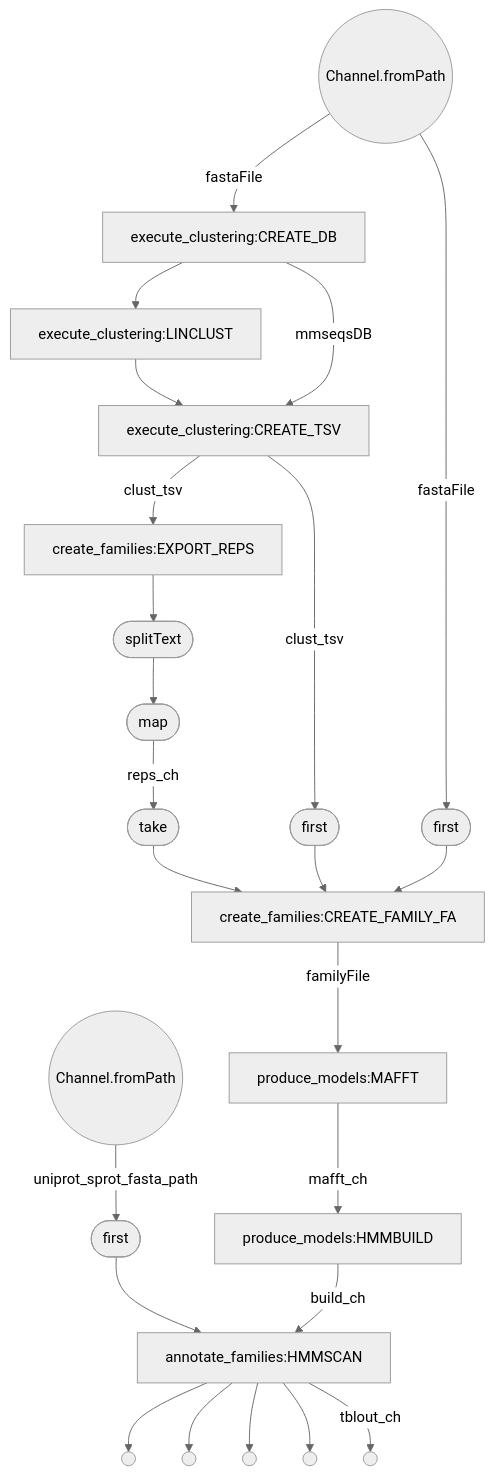
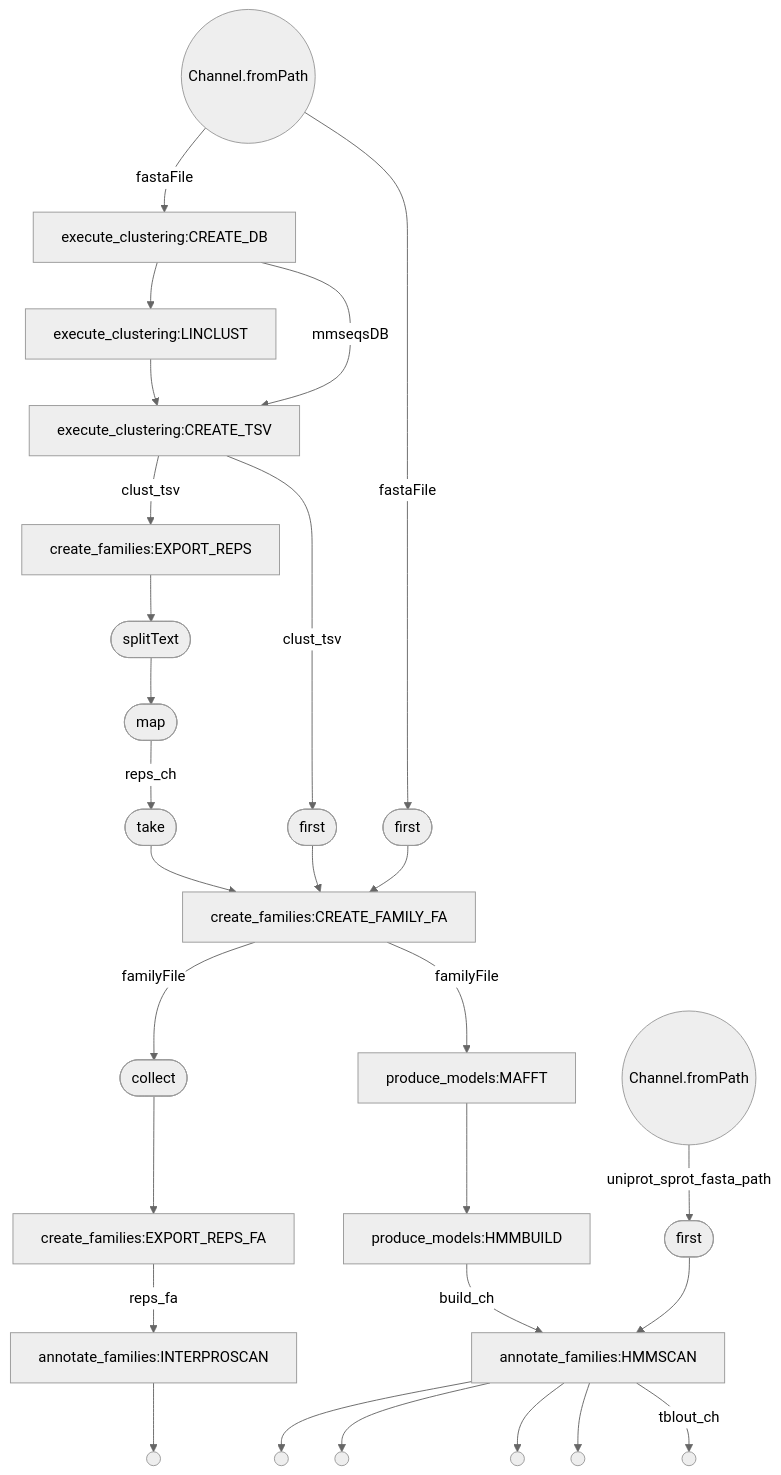
One commit to EBI-Metagenomics/mgnifams changed the diagram in flowchart_main.mmd. Above: the diagram before and after it, drawn with Mermaid (neutral theme). The commit also changed 4 other files, not shown here.

```diff
--- a/flowchart_main.mmd
+++ b/flowchart_main.mmd
@@ -1,45 +1,53 @@
 flowchart TD
     p0((Channel.fromPath))
-    p1((Channel.fromPath))
-    p2[execute_clustering:CREATE_DB]
-    p3[execute_clustering:LINCLUST]
-    p4[execute_clustering:CREATE_TSV]
-    p5[create_families:EXPORT_REPS]
-    p6([splitText])
-    p7([map])
+    p1[execute_clustering:CREATE_DB]
+    p2[execute_clustering:LINCLUST]
+    p3[execute_clustering:CREATE_TSV]
+    p4[create_families:EXPORT_REPS]
+    p5([splitText])
+    p6([map])
+    p7([first])
     p8([first])
-    p9([first])
-    p10([take])
-    p11[create_families:CREATE_FAMILY_FA]
-    p12[produce_models:MAFFT]
-    p13[produce_models:HMMBUILD]
-    p14([first])
-    p15[annotate_families:HMMSCAN]
-    p16(( ))
+    p9([take])
+    p10[create_families:CREATE_FAMILY_FA]
+    p11([collect])
+    p12[create_families:EXPORT_REPS_FA]
+    p13[produce_models:MAFFT]
+    p14[produce_models:HMMBUILD]
+    p15((Channel.fromPath))
+    p16[annotate_families:INTERPROSCAN]
     p17(( ))
-    p18(( ))
-    p19(( ))
+    p18([first])
+    p19[annotate_families:HMMSCAN]
     p20(( ))
-    p0 -->|fastaFile| p2
-    p1 -->|uniprot_sprot_fasta_path| p14
+    p21(( ))
+    p22(( ))
+    p23(( ))
+    p24(( ))
+    p0 -->|fastaFile| p1
+    p1 --> p2
     p2 --> p3
-    p3 --> p4
-    p2 -->|mmseqsDB| p4
-    p4 -->|clust_tsv| p5
+    p1 -->|mmseqsDB| p3
+    p3 -->|clust_tsv| p4
+    p4 --> p5
     p5 --> p6
-    p6 --> p7
-    p7 -->|reps_ch| p10
-    p4 -->|clust_tsv| p8
-    p8 --> p11
-    p0 -->|fastaFile| p9
-    p9 --> p11
-    p10 --> p11
-    p11 -->|familyFile| p12
-    p12 -->|mafft_ch| p13
-    p13 -->|build_ch| p15
-    p14 --> p15
-    p15 --> p20
-    p15 --> p19
-    p15 --> p18
-    p15 --> p17
-    p15 -->|tblout_ch| p16
+    p6 -->|reps_ch| p9
+    p3 -->|clust_tsv| p7
+    p7 --> p10
+    p0 -->|fastaFile| p8
+    p8 --> p10
+    p9 --> p10
+    p10 -->|familyFile| p11
+    p11 --> p12
+    p12 -->|reps_fa| p16
+    p10 -->|familyFile| p13
+    p13 --> p14
+    p14 -->|build_ch| p19
+    p15 -->|uniprot_sprot_fasta_path| p18
+    p16 --> p17
+    p18 --> p19
+    p19 --> p24
+    p19 --> p23
+    p19 --> p22
+    p19 --> p21
+    p19 -->|tblout_ch| p20
```
